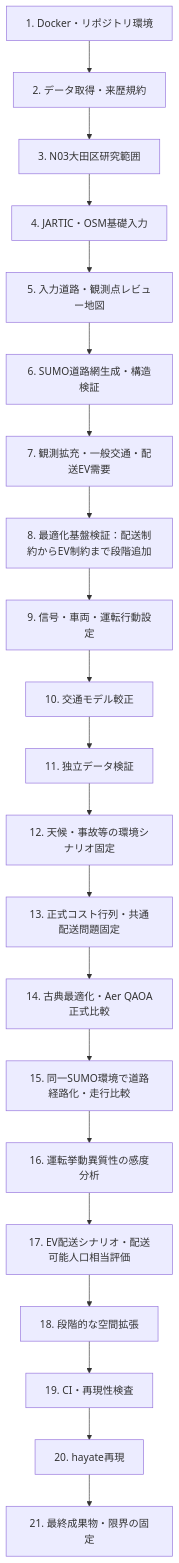
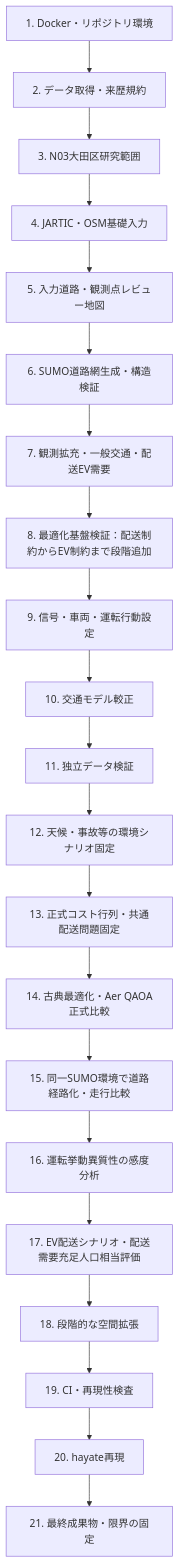
Before and after one commit to tkm-sano/kmd-analysis: the diagram in 05_src/traffic_simulation/implementation_plan.md, drawn with Mermaid. The commit also changed other lines of this file and 4 other files, not shown here.

````diff
--- a/05_src/traffic_simulation/implementation_plan.md
+++ b/05_src/traffic_simulation/implementation_plan.md
@@ -9,28 +9,28 @@
 ```mermaid
 flowchart TD
     S01[1. Docker・リポジトリ環境]
     S02[2. データ取得・来歴規約]
     S03[3. N03大田区研究範囲]
     S04[4. JARTIC・OSM基礎入力]
     S05[5. 入力道路・観測点レビュー地図]
     S06[6. SUMO道路網生成・構造検証]
     S07[7. 観測拡充・一般交通・配送EV需要]
     S08[8. 最適化基盤検証：配送制約からEV制約まで段階追加]
     S09[9. 信号・車両・運転行動設定]
     S10[10. 交通モデル較正]
     S11[11. 独立データ検証]
     S12[12. 天候・事故等の環境シナリオ固定]
     S13[13. 正式コスト行列・共通配送問題固定]
     S14[14. 古典最適化・Aer QAOA正式比較]
     S15[15. 同一SUMO環境で道路経路化・走行比較]
     S16[16. 運転挙動異質性の感度分析]
-    S17[17. EV配送シナリオ・配送可能人口相当評価]
+    S17[17. EV配送シナリオ・配送需要充足人口相当評価]
     S18[18. 段階的な空間拡張]
     S19[19. CI・再現性検査]
     S20[20. hayate再現]
     S21[21. 最終成果物・限界の固定]
 
     S01 --> S02 --> S03 --> S04 --> S05 --> S06 --> S07
     S07 --> S08 --> S09 --> S10 --> S11 --> S12 --> S13 --> S14
     S14 --> S15 --> S16 --> S17 --> S18 --> S19 --> S20 --> S21
 ```
````
